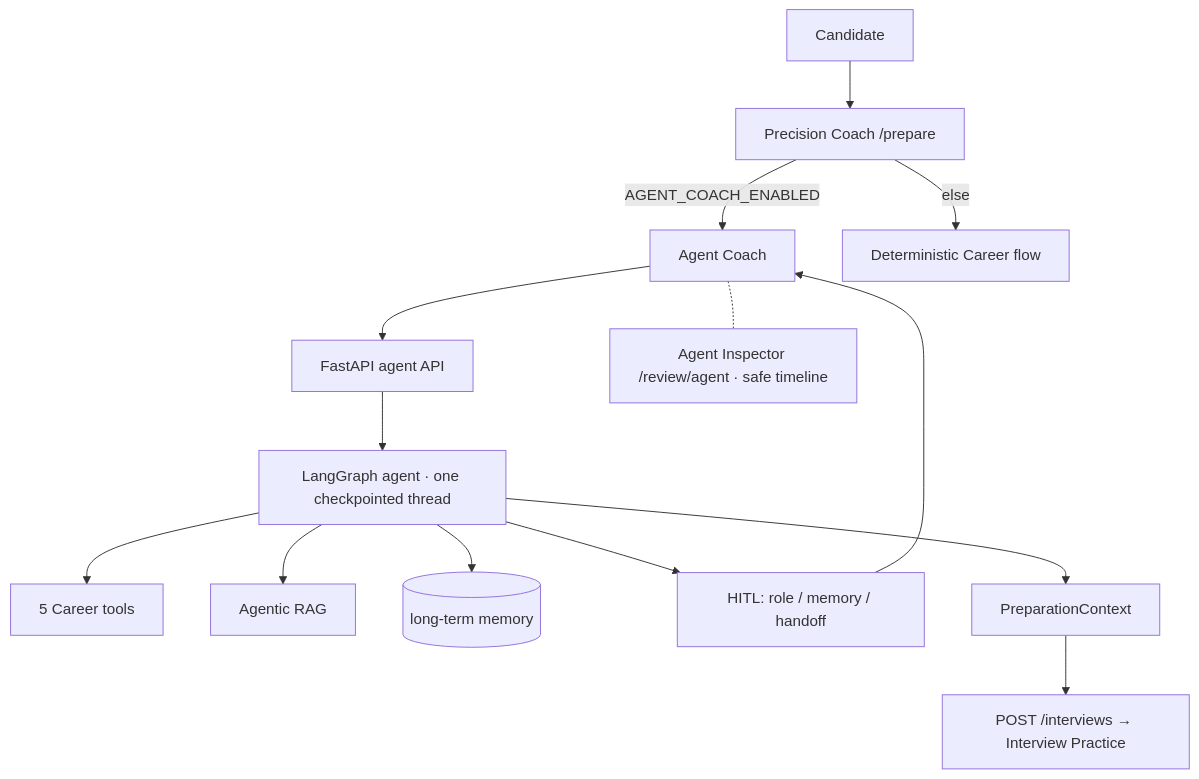
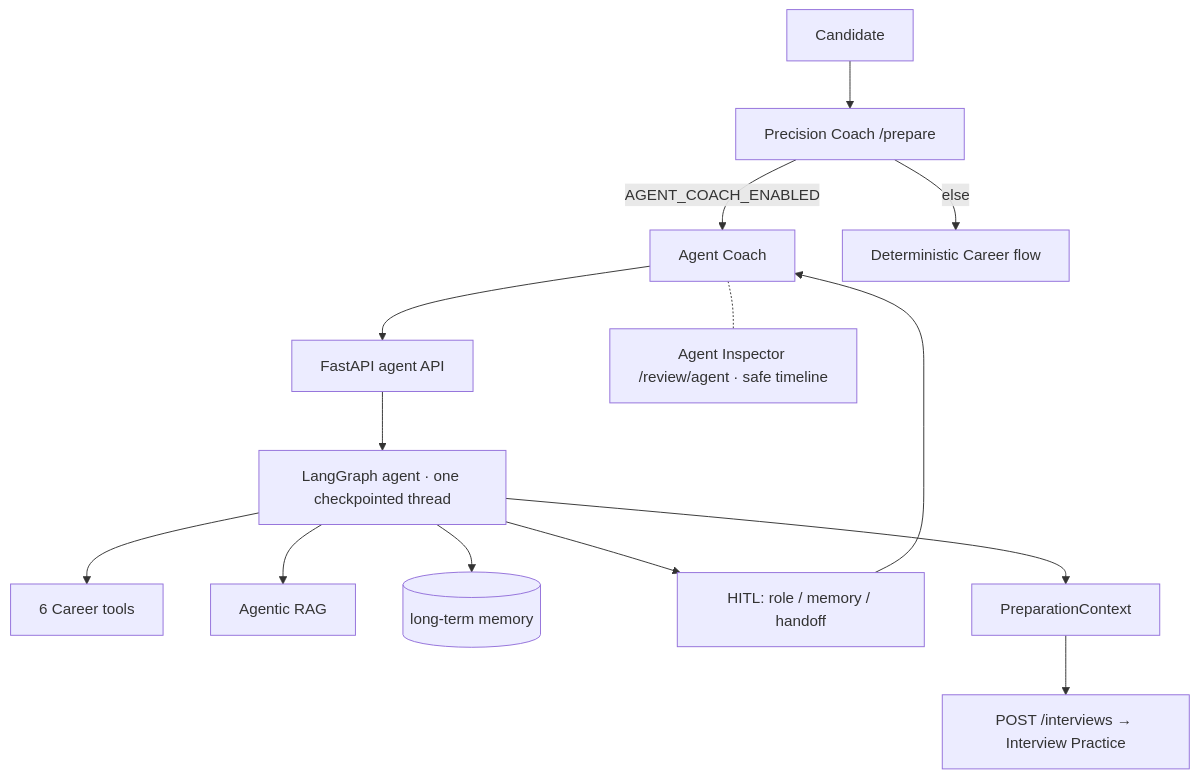
Diagram 12 of 12 in docs/sprint4_architecture.md (moaltamimi-unbiasedtalent/Intelligent-Interview-Coach), drawn with Mermaid before and after one commit. The commit also changed other lines of this file and 8 other files, not shown here.

````diff
--- a/docs/sprint4_architecture.md
+++ b/docs/sprint4_architecture.md
@@ -785,16 +785,16 @@
 ```mermaid
 flowchart TD
     C[Candidate] --> P[Precision Coach /prepare]
     P -->|AGENT_COACH_ENABLED| AC[Agent Coach]
     P -->|else| DET[Deterministic Career flow]
     AC --> API[FastAPI agent API]
     API --> LG[LangGraph agent · one checkpointed thread]
-    LG --> T[5 Career tools]
+    LG --> T[6 Career tools]
     LG --> RAG[Agentic RAG]
     LG --> MEM[(long-term memory)]
     LG --> HITL[HITL: role / memory / handoff]
     HITL --> AC
     LG --> PC[PreparationContext]
     PC --> IV[POST /interviews → Interview Practice]
     AC -.- INS[Agent Inspector /review/agent · safe timeline]
 ```
````
